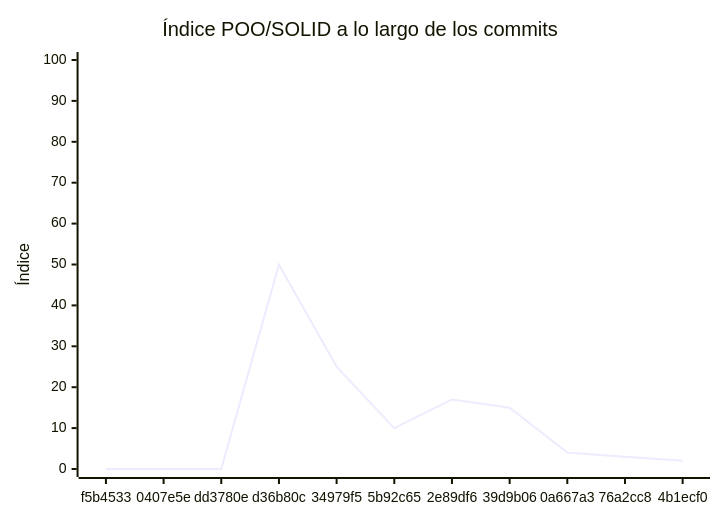
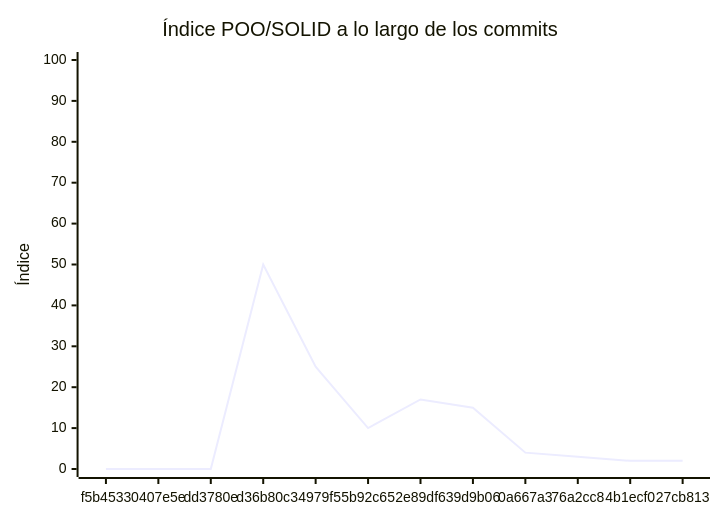
Before and after one commit to salamin-noceti/proyecto-fisica--Tiro-Oblicuo: the diagram in docs/EVALUACION.md, drawn with Mermaid. The commit also changed other lines of this file and 1 other file, not shown here.

````diff
--- a/docs/EVALUACION.md
+++ b/docs/EVALUACION.md
@@ -388,7 +392,7 @@
 ```mermaid
 xychart-beta
     title "Índice POO/SOLID a lo largo de los commits"
-    x-axis ["f5b4533", "0407e5e", "dd3780e", "d36b80c", "34979f5", "5b92c65", "2e89df6", "39d9b06", "0a667a3", "76a2cc8", "4b1ecf0"]
+    x-axis ["f5b4533", "0407e5e", "dd3780e", "d36b80c", "34979f5", "5b92c65", "2e89df6", "39d9b06", "0a667a3", "76a2cc8", "4b1ecf0", "27cb813"]
     y-axis "Índice" 0 --> 100
-    line [0, 0, 0, 50, 25, 10, 17, 15, 4, 3, 2]
+    line [0, 0, 0, 50, 25, 10, 17, 15, 4, 3, 2, 2]
 ```
````
